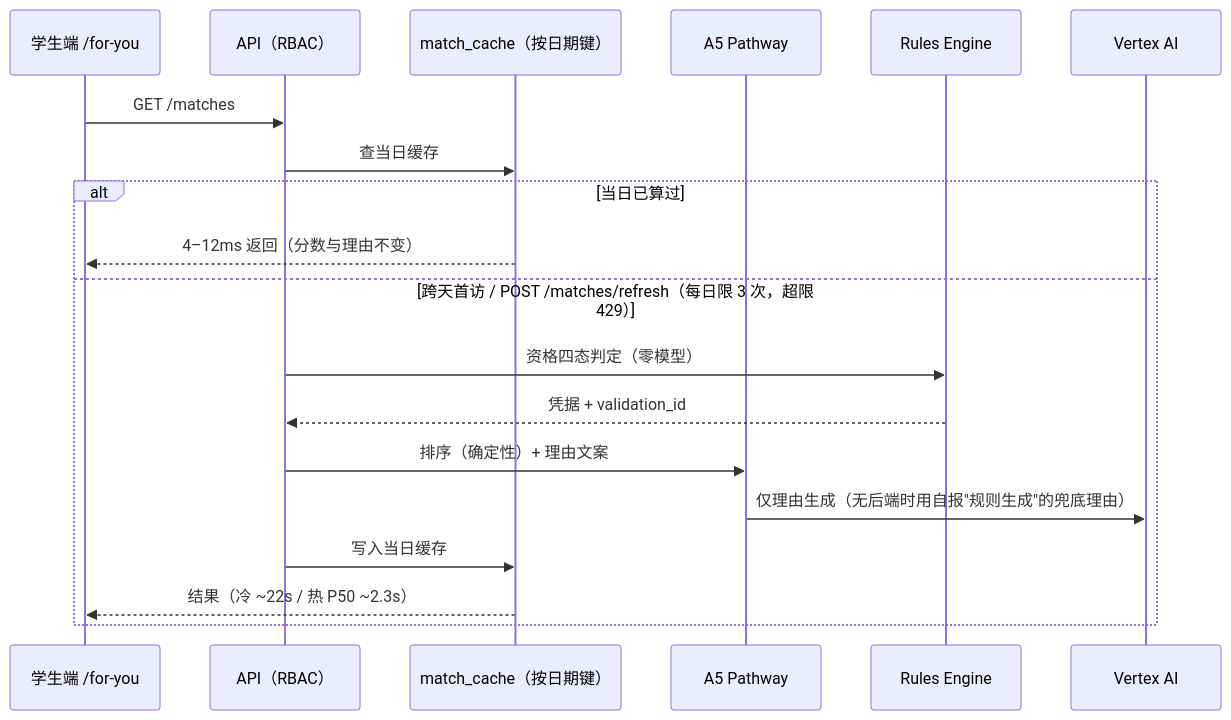
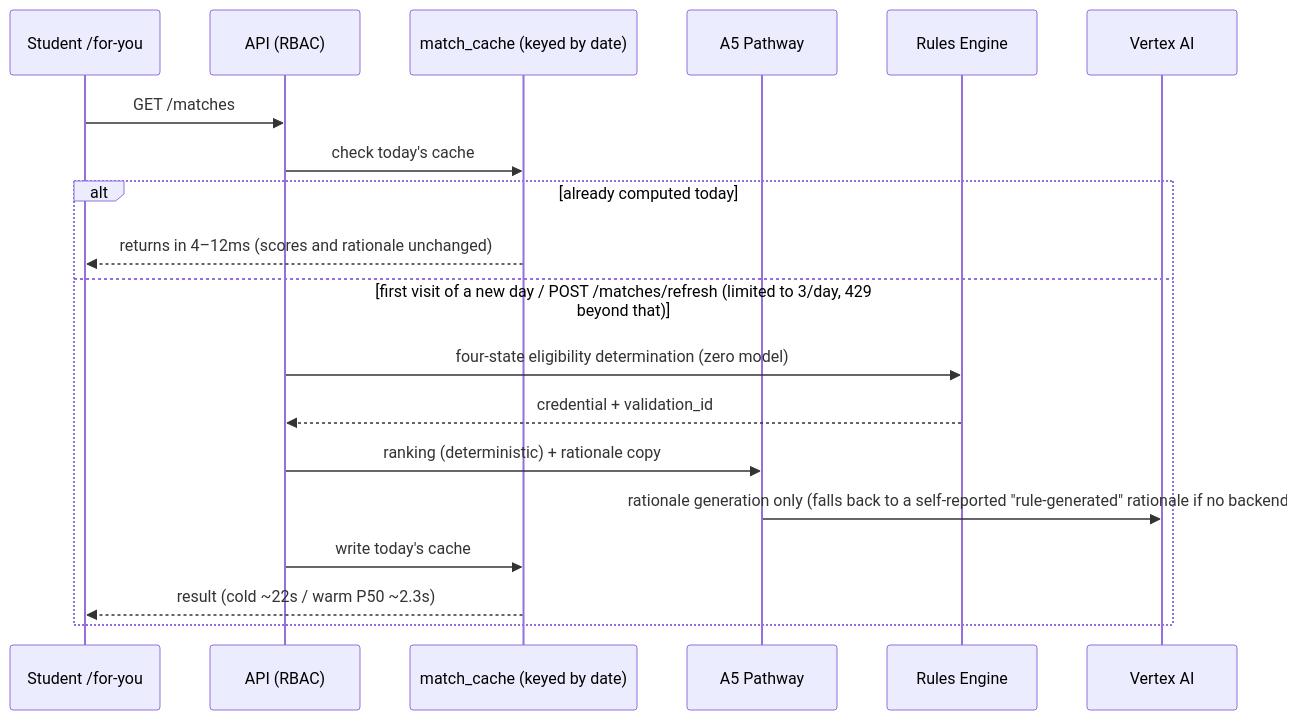
The second of 3 diagrams in ARCHITECTURE.md (AriaYD/CampusPathAWS), drawn with Mermaid before and after one commit. The commit also changed other lines of this file and 10 other files, not shown here.

````diff
--- a/ARCHITECTURE.md
+++ b/ARCHITECTURE.md
@@ -267,22 +318,22 @@
 ```mermaid
 sequenceDiagram
-    participant S as 学生端 /for-you
-    participant API as API（RBAC）
-    participant C as match_cache（按日期键）
+    participant S as Student /for-you
+    participant API as API (RBAC)
+    participant C as match_cache (keyed by date)
     participant A5 as A5 Pathway
     participant R as Rules Engine
     participant V as Vertex AI
 
     S->>API: GET /matches
-    API->>C: 查当日缓存
-    alt 当日已算过
-        C-->>S: 4–12ms 返回（分数与理由不变）
-    else 跨天首访 / POST /matches/refresh（每日限 3 次，超限 429）
-        API->>R: 资格四态判定（零模型）
-        R-->>API: 凭据 + validation_id
-        API->>A5: 排序（确定性）+ 理由文案
-        A5->>V: 仅理由生成（无后端时用自报"规则生成"的兜底理由）
-        API->>C: 写入当日缓存
-        C-->>S: 结果（冷 ~22s / 热 P50 ~2.3s）
+    API->>C: check today's cache
+    alt already computed today
+        C-->>S: returns in 4–12ms (scores and rationale unchanged)
+    else first visit of a new day / POST /matches/refresh (limited to 3/day, 429 beyond that)
+        API->>R: four-state eligibility determination (zero model)
+        R-->>API: credential + validation_id
+        API->>A5: ranking (deterministic) + rationale copy
+        A5->>V: rationale generation only (falls back to a self-reported "rule-generated" rationale if no backend)
+        API->>C: write today's cache
+        C-->>S: result (cold ~22s / warm P50 ~2.3s)
     end
 ```
````
